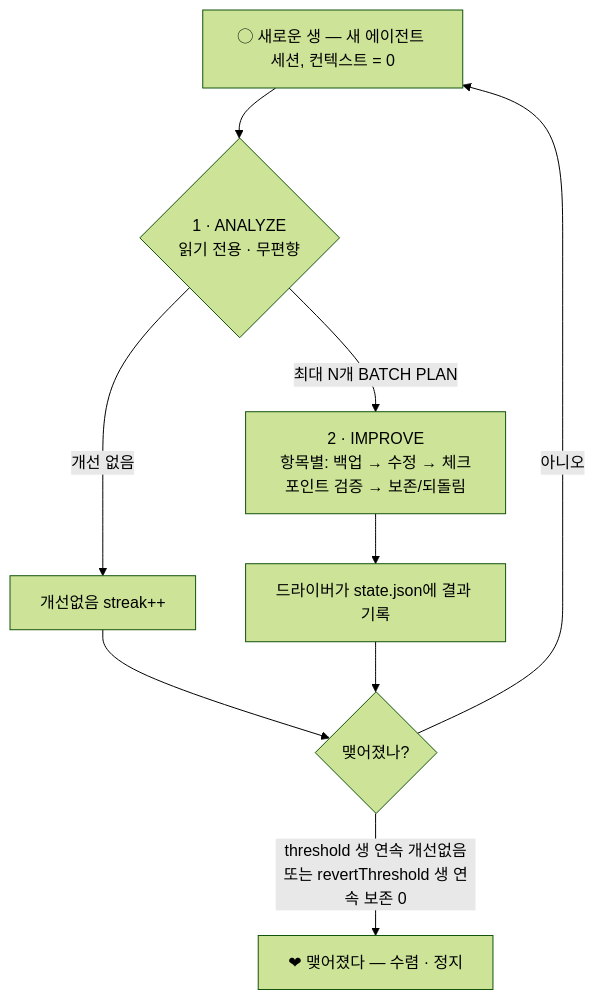
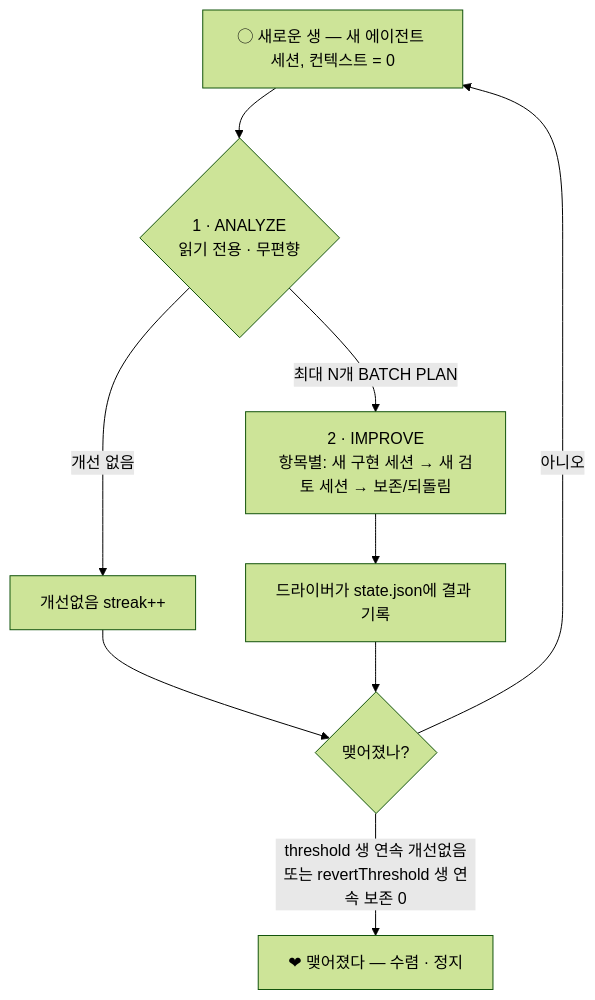
One commit to owjs3901/retry-now changed the diagram in README_ko.md. Above: the diagram before and after it, drawn with Mermaid (forest theme). The commit also changed other lines of this file and 44 other files, not shown here.

````diff
--- a/README_ko.md
+++ b/README_ko.md
@@ -54,11 +54,11 @@
 ```mermaid
 flowchart TD
     A["◯ 새로운 생 — 새 에이전트 세션, 컨텍스트 = 0"] --> B{"1 · ANALYZE<br/>읽기 전용 · 무편향"}
     B -->|"개선 없음"| C["개선없음 streak++"]
-    B -->|"최대 N개 BATCH PLAN"| D["2 · IMPROVE<br/>항목별: 백업 → 수정 → 체크포인트 검증 → 보존/되돌림"]
+    B -->|"최대 N개 BATCH PLAN"| D["2 · IMPROVE<br/>항목별: 새 구현 세션 → 새 검토 세션 → 보존/되돌림"]
     D --> E["드라이버가 state.json에 결과 기록"]
     C --> F{"맺어졌나?"}
     E --> F
     F -->|"아니오"| A
     F -->|"threshold 생 연속 개선없음<br/>또는 revertThreshold 생 연속 보존 0"| G["❤ 맺어졌다 — 수렴 · 정지"]
 ```
````
